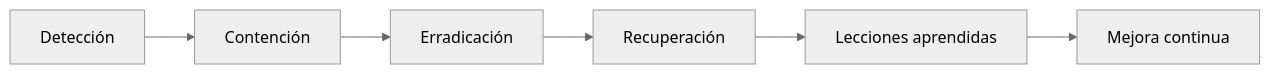
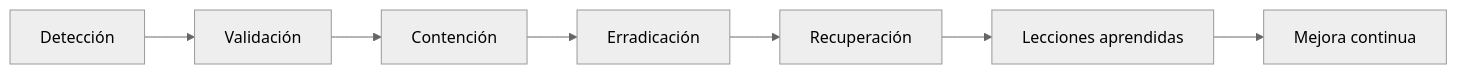
One commit to jpercas570/jpercas570.github.io changed the diagram in ud4-implementacion-medidas/README.md. Above: the diagram before and after it, drawn with Mermaid (neutral theme). The commit also changed other lines of this file, not shown here.

````diff
--- a/ud4-implementacion-medidas/README.md
+++ b/ud4-implementacion-medidas/README.md
@@ -70,8 +76,9 @@
 ```mermaid
 flowchart LR
-A[Detección] --> B[Contención]
-B --> C[Erradicación]
-C --> D[Recuperación]
-D --> E[Lecciones aprendidas]
-E --> F[Mejora continua]
+A[Detección] --> B[Validación]
+B --> C[Contención]
+C --> D[Erradicación]
+D --> E[Recuperación]
+E --> F[Lecciones aprendidas]
+F --> G[Mejora continua]
 ```
````
